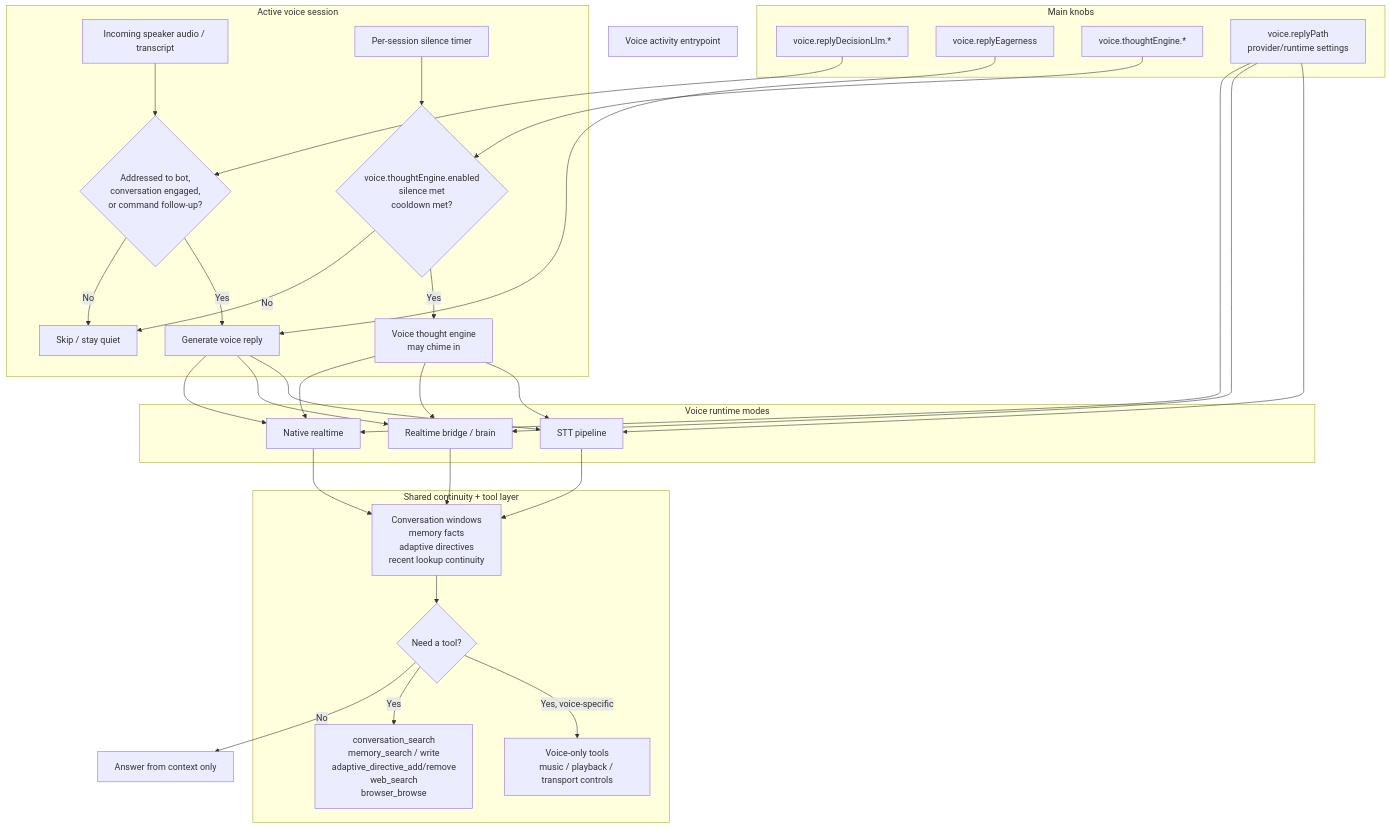
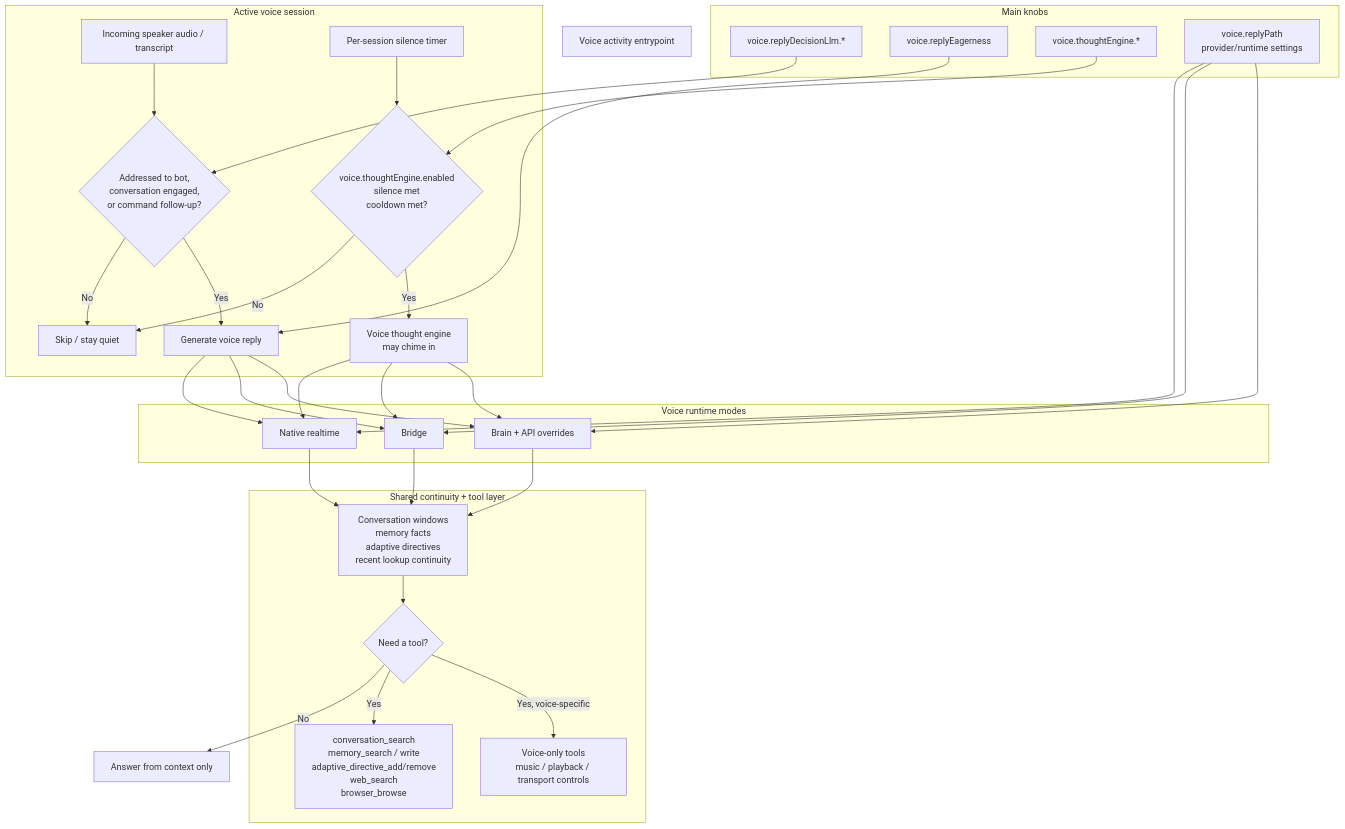
One commit to Volpestyle/clanky changed the diagram in docs/diagrams/clanker-voice-and-tools.mmd. Above: the diagram before and after it, drawn with Mermaid. The commit also changed 12 other files, not shown here.

```diff
--- a/docs/diagrams/clanker-voice-and-tools.mmd
+++ b/docs/diagrams/clanker-voice-and-tools.mmd
@@ -1,63 +1,63 @@
 flowchart TD
     Start["Voice activity entrypoint"]
 
     subgraph Session["Active voice session"]
         Audio["Incoming speaker audio / transcript"]
         TurnDecision{"Addressed to bot,\nconversation engaged,\nor command follow-up?"}
         VoiceReply["Generate voice reply"]
         Skip["Skip / stay quiet"]
         ThoughtTimer["Per-session silence timer"]
         ThoughtEligible{"voice.thoughtEngine.enabled\nsilence met\ncooldown met?"}
         VoiceThought["Voice thought engine\nmay chime in"]
     end
 
     subgraph Modes["Voice runtime modes"]
         Native["Native realtime"]
-        Bridge["Realtime bridge / brain"]
-        Stt["STT pipeline"]
+        Bridge["Bridge"]
+        Stt["Brain + API overrides"]
     end
 
     subgraph SharedBrain["Shared continuity + tool layer"]
         Continuity["Conversation windows\nmemory facts\nadaptive directives\nrecent lookup continuity"]
         ToolChoice{"Need a tool?"}
         SharedTools["conversation_search\nmemory_search / write\nadaptive_directive_add/remove\nweb_search\nbrowser_browse"]
         VoiceOnly["Voice-only tools\nmusic / playback / transport controls"]
     end
 
     subgraph Controls["Main knobs"]
         ReplyDecision["voice.replyDecisionLlm.*"]
         VoiceEager["voice.replyEagerness"]
         ThoughtKnobs["voice.thoughtEngine.*"]
         ReplyPath["voice.replyPath\nprovider/runtime settings"]
     end
 
     Audio --> TurnDecision
     TurnDecision -->|No| Skip
     TurnDecision -->|Yes| VoiceReply
 
     ThoughtTimer --> ThoughtEligible
     ThoughtEligible -->|No| Skip
     ThoughtEligible -->|Yes| VoiceThought
 
     VoiceReply --> Native
     VoiceReply --> Bridge
     VoiceReply --> Stt
     VoiceThought --> Native
     VoiceThought --> Bridge
     VoiceThought --> Stt
 
     Native --> Continuity
     Bridge --> Continuity
     Stt --> Continuity
 
     Continuity --> ToolChoice
     ToolChoice -->|No| Output["Answer from context only"]
     ToolChoice -->|Yes| SharedTools
     ToolChoice -->|Yes, voice-specific| VoiceOnly
 
     ReplyDecision --> TurnDecision
     VoiceEager --> VoiceReply
     ThoughtKnobs --> ThoughtEligible
     ReplyPath --> Native
     ReplyPath --> Bridge
     ReplyPath --> Stt
```
